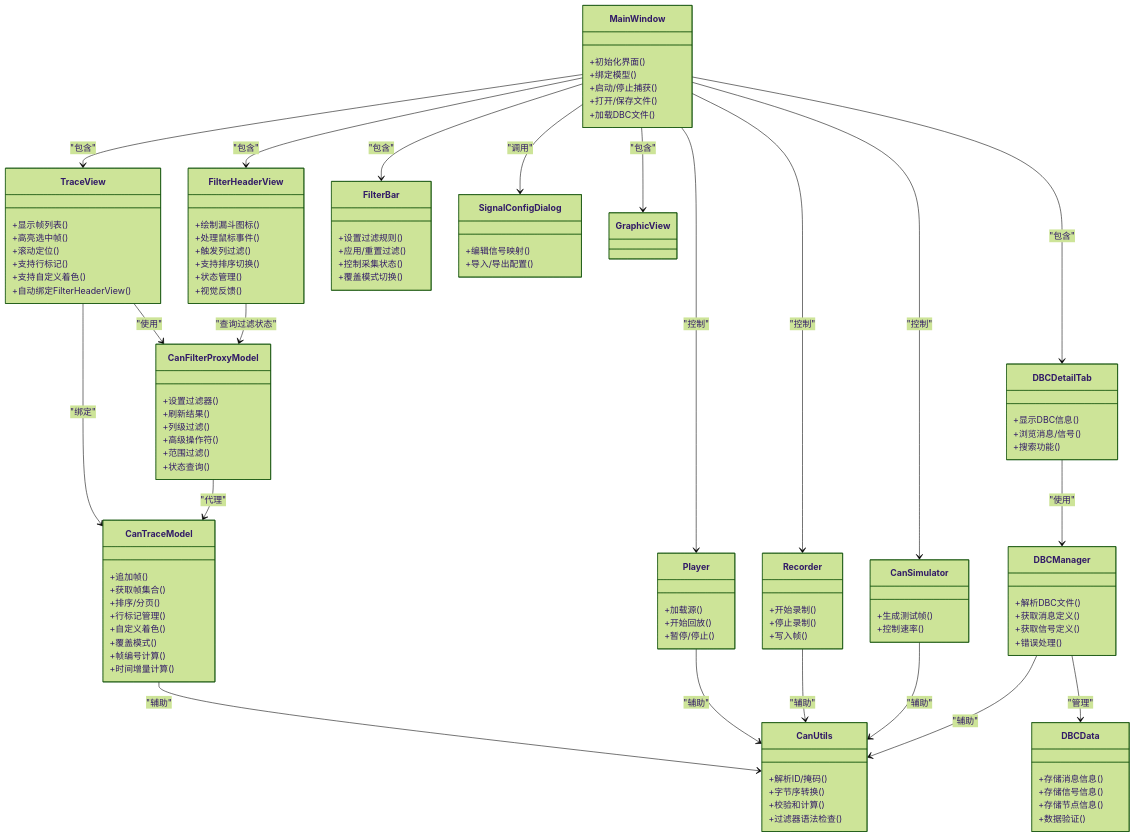
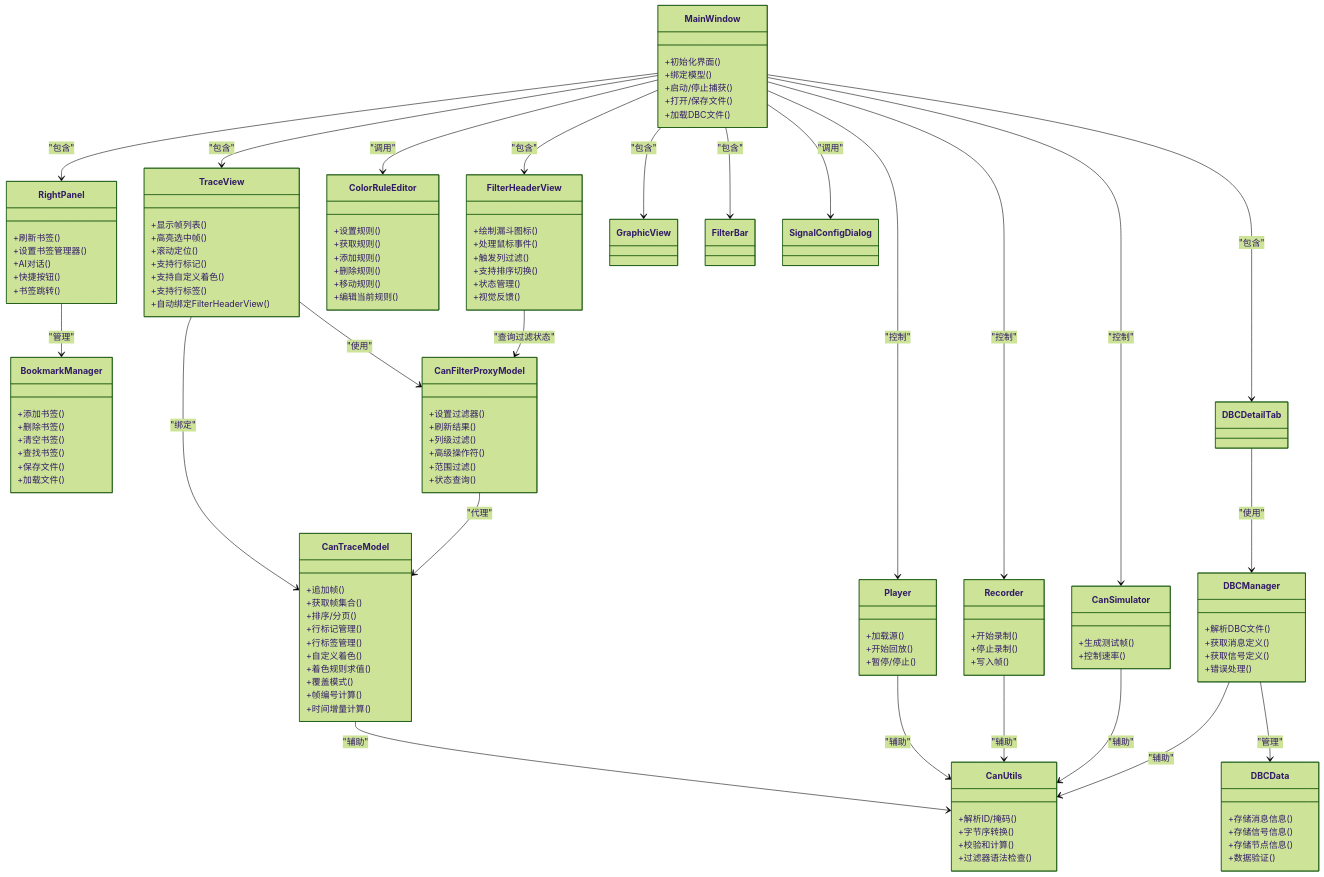
One commit to jakecai1225-design/OpenBus changed the second of 10 diagrams in .qoder/repowiki/zh/content/项目概述/CAN总线分析工具.md. Above: the diagram before and after it, drawn with Mermaid (forest theme). The commit also changed other lines of this file and 18 other files, not shown here.

```diff
--- a/.qoder/repowiki/zh/content/项目概述/CAN总线分析工具.md
+++ b/.qoder/repowiki/zh/content/项目概述/CAN总线分析工具.md
@@ -169,6 +188,7 @@
 +滚动定位()
 +支持行标记()
 +支持自定义着色()
++支持行标签()
 +自动绑定FilterHeaderView()
 }
 class FilterHeaderView {
@@ -179,27 +199,37 @@
 +状态管理()
 +视觉反馈()
 }
-class FilterBar {
-+设置过滤规则()
-+应用/重置过滤()
-+控制采集状态()
-+覆盖模式切换()
+class ColorRuleEditor {
++设置规则()
++获取规则()
++添加规则()
++删除规则()
++移动规则()
++编辑当前规则()
 }
-class SignalConfigDialog {
-+编辑信号映射()
-+导入/导出配置()
+class RightPanel {
++刷新书签()
++设置书签管理器()
++AI对话()
++快捷按钮()
++书签跳转()
 }
-class DBCDetailTab {
-+显示DBC信息()
-+浏览消息/信号()
-+搜索功能()
+class BookmarkManager {
++添加书签()
++删除书签()
++清空书签()
++查找书签()
++保存文件()
++加载文件()
 }
 class CanTraceModel {
 +追加帧()
 +获取帧集合()
 +排序/分页()
 +行标记管理()
++行标签管理()
 +自定义着色()
++着色规则求值()
 +覆盖模式()
 +帧编号计算()
 +时间增量计算()
@@ -250,9 +280,12 @@
 MainWindow --> FilterBar : "包含"
 MainWindow --> SignalConfigDialog : "调用"
 MainWindow --> DBCDetailTab : "包含"
+MainWindow --> ColorRuleEditor : "调用"
+MainWindow --> RightPanel : "包含"
 TraceView --> CanTraceModel : "绑定"
 TraceView --> CanFilterProxyModel : "使用"
 FilterHeaderView --> CanFilterProxyModel : "查询过滤状态"
+RightPanel --> BookmarkManager : "管理"
 CanFilterProxyModel --> CanTraceModel : "代理"
 DBCDetailTab --> DBCManager : "使用"
 DBCManager --> DBCData : "管理"
```
